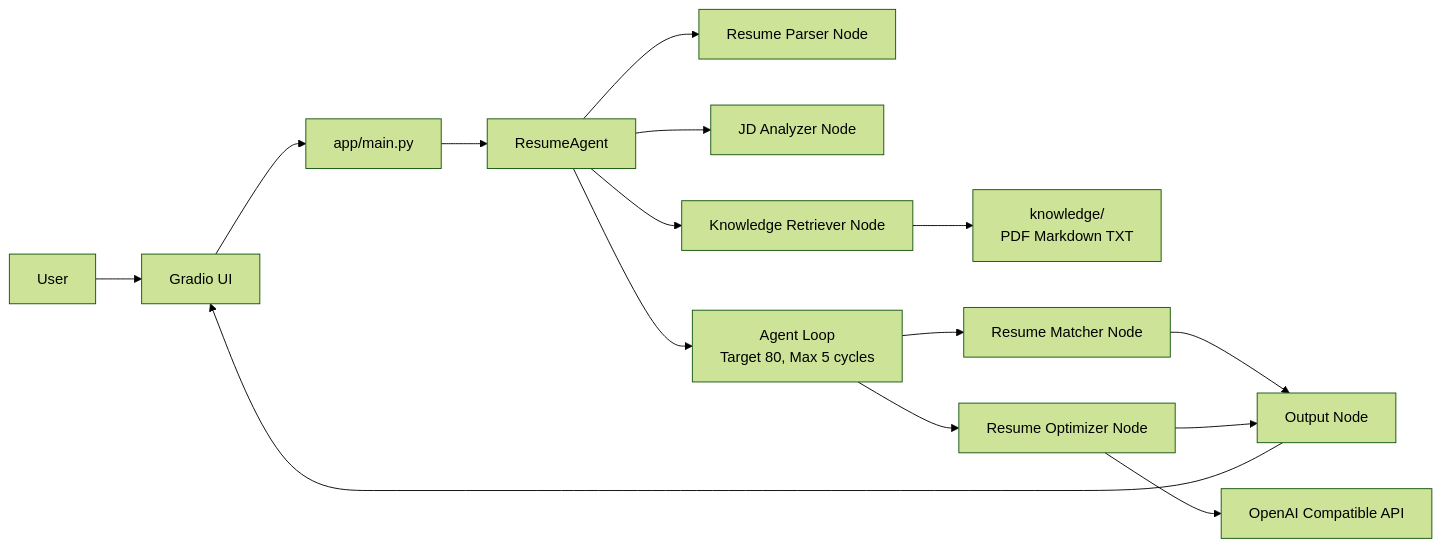
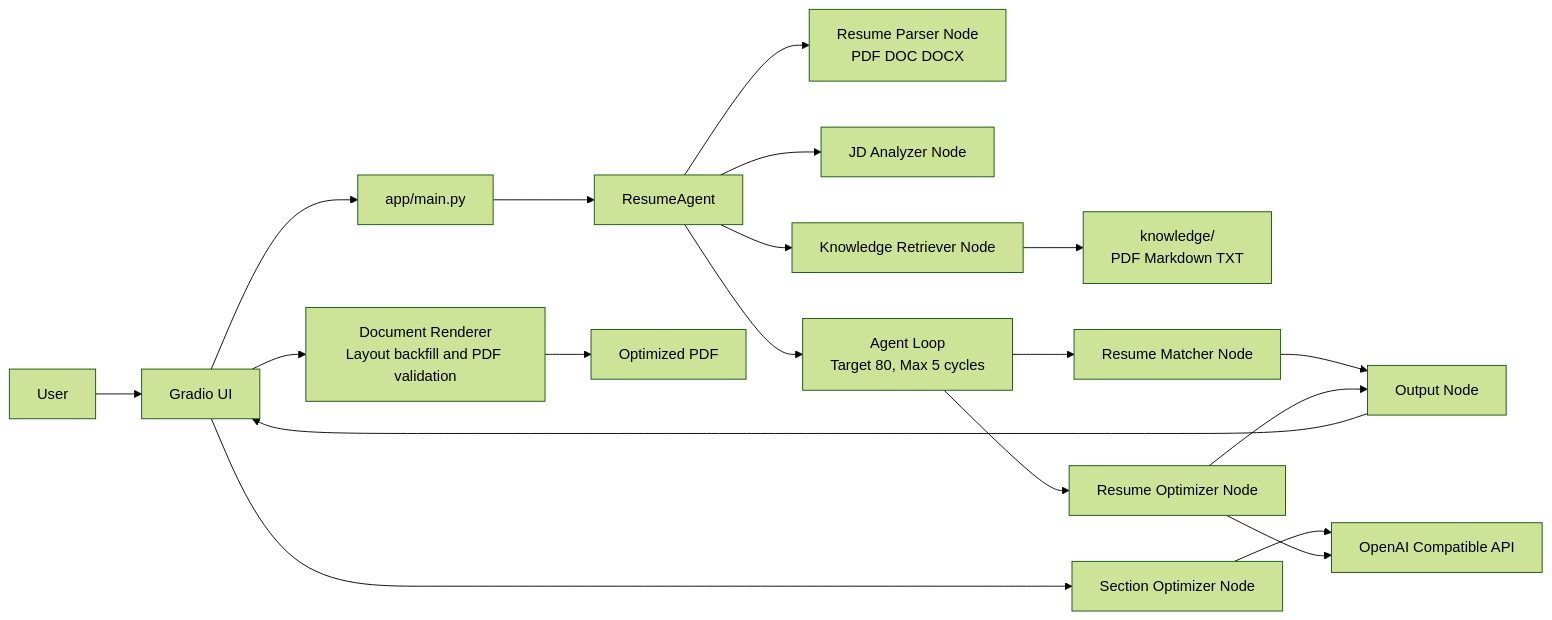
One commit to strawberrynine/resume-agent-mvp changed the first of 2 diagrams in README.md. Above: the diagram before and after it, drawn with Mermaid (forest theme). The commit also changed other lines of this file and 7 other files, not shown here.

````diff
--- a/README.md
+++ b/README.md
@@ -45,17 +56,21 @@
 ```mermaid
 flowchart LR
     User[User] --> UI[Gradio UI]
     UI --> App[app/main.py]
     App --> Agent[ResumeAgent]
-    Agent --> Parser[Resume Parser Node]
+    Agent --> Parser[Resume Parser Node\nPDF DOC DOCX]
     Agent --> JD[JD Analyzer Node]
     Agent --> Retriever[Knowledge Retriever Node]
     Retriever --> KB[knowledge/\nPDF Markdown TXT]
     Agent --> Loop[Agent Loop\nTarget 80, Max 5 cycles]
     Loop --> Matcher[Resume Matcher Node]
     Loop --> Optimizer[Resume Optimizer Node]
+    UI --> Section[Section Optimizer Node]
+    Section --> LLM
     Optimizer --> LLM[OpenAI Compatible API]
     Matcher --> Output[Output Node]
     Optimizer --> Output
     Output --> UI
+    UI --> Export[Document Renderer\nLayout backfill and PDF validation]
+    Export --> Download[Optimized PDF]
 ```
````
